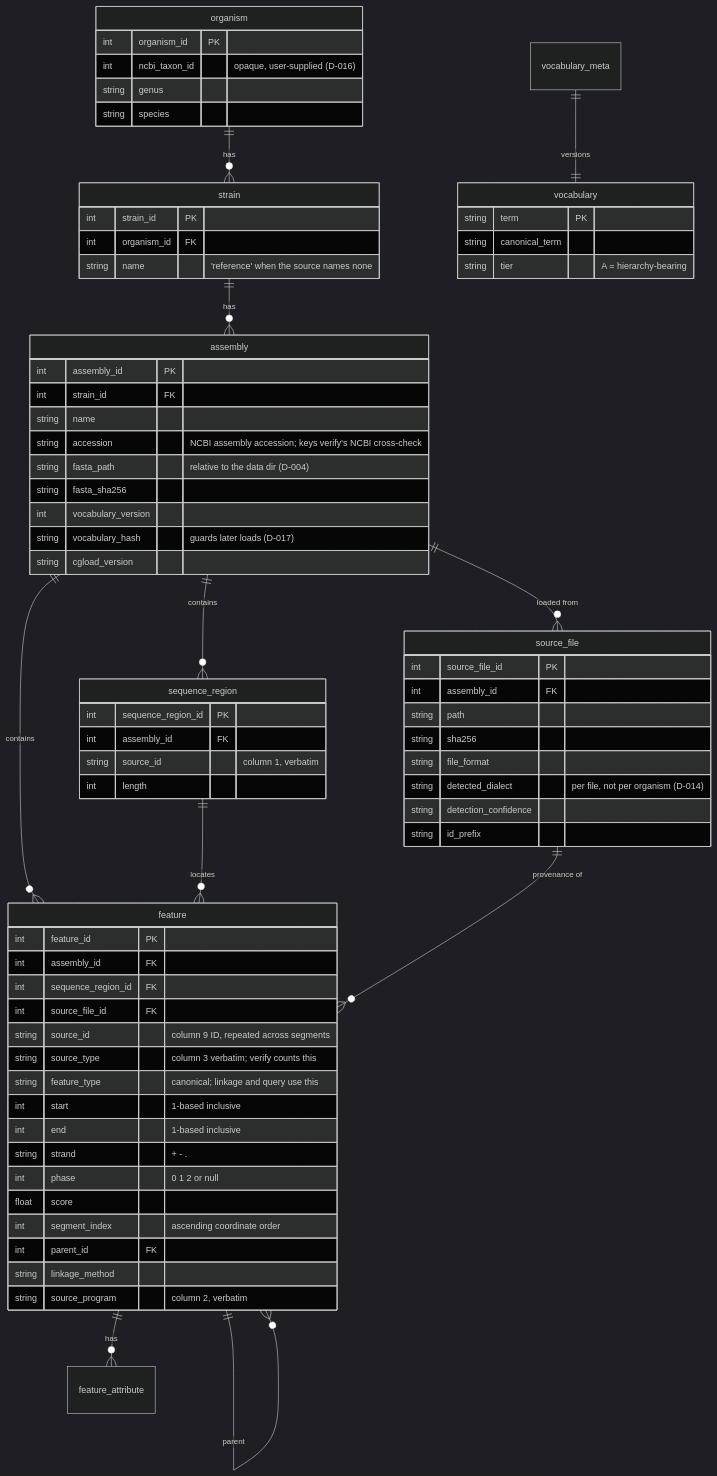
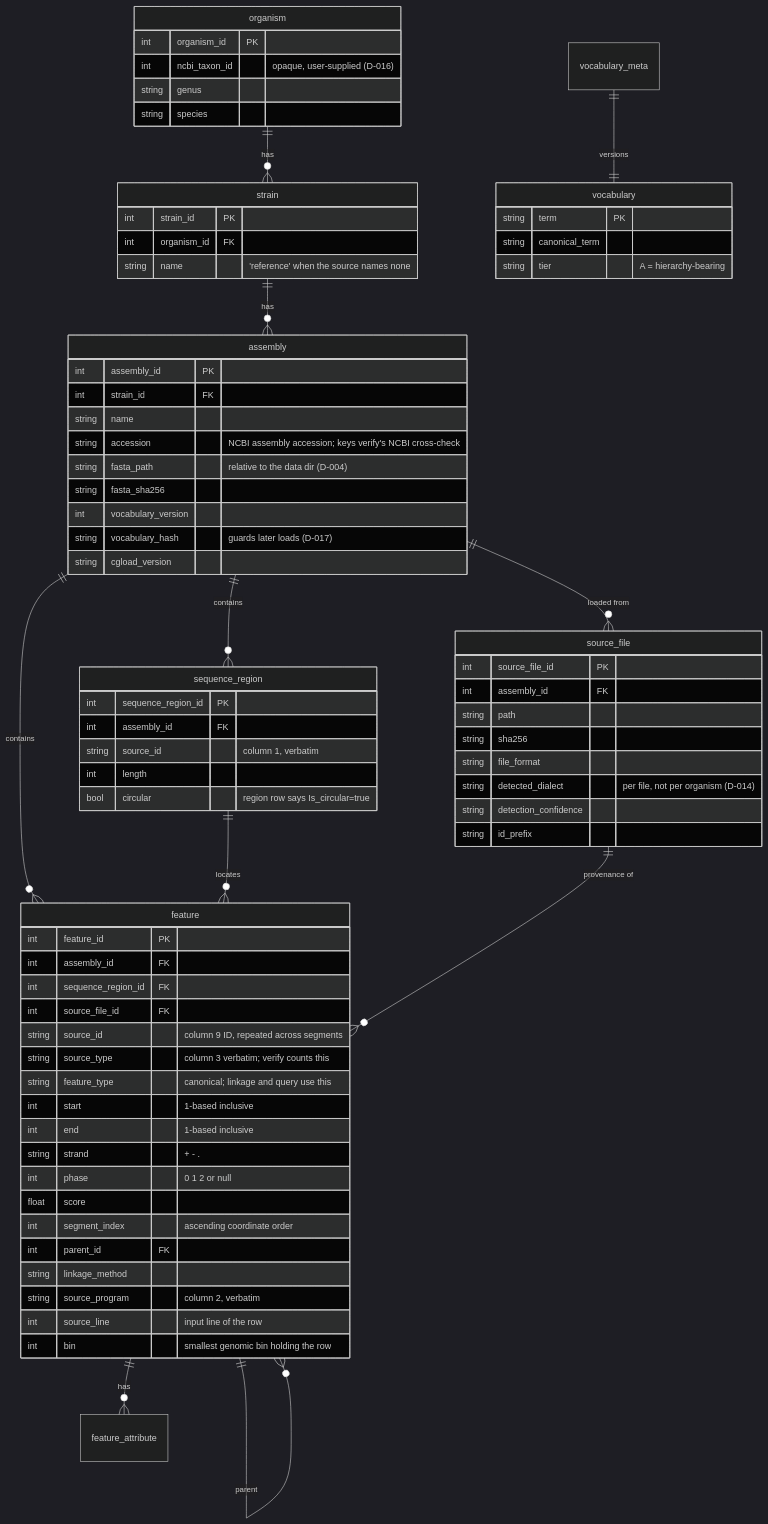
Before and after one commit to computational-genomics-lab/cgload: the diagram in docs/schema.md, drawn with Mermaid (dark theme). The commit also changed other lines of this file and 10 other files, not shown here.

````diff
--- a/docs/schema.md
+++ b/docs/schema.md
@@ -19,75 +19,78 @@
 ```mermaid
 erDiagram
     organism ||--o{ strain : has
     strain ||--o{ assembly : has
     assembly ||--o{ source_file : "loaded from"
     assembly ||--o{ sequence_region : contains
     assembly ||--o{ feature : contains
     sequence_region ||--o{ feature : locates
     source_file ||--o{ feature : "provenance of"
     feature ||--o{ feature : parent
     feature ||--o{ feature_attribute : has
     vocabulary_meta ||--|| vocabulary : versions
 
     organism {
         int organism_id PK
         int ncbi_taxon_id "opaque, user-supplied (D-016)"
         string genus
         string species
     }
     strain {
         int strain_id PK
         int organism_id FK
         string name "'reference' when the source names none"
     }
     assembly {
         int assembly_id PK
         int strain_id FK
         string name
         string accession "NCBI assembly accession; keys verify's NCBI cross-check"
         string fasta_path "relative to the data dir (D-004)"
         string fasta_sha256
         int vocabulary_version
         string vocabulary_hash "guards later loads (D-017)"
         string cgload_version
     }
     source_file {
         int source_file_id PK
         int assembly_id FK
         string path
         string sha256
         string file_format
         string detected_dialect "per file, not per organism (D-014)"
         string detection_confidence
         string id_prefix
     }
     sequence_region {
         int sequence_region_id PK
         int assembly_id FK
         string source_id "column 1, verbatim"
         int length
+        bool circular "region row says Is_circular=true"
     }
     feature {
         int feature_id PK
         int assembly_id FK
         int sequence_region_id FK
         int source_file_id FK
         string source_id "column 9 ID, repeated across segments"
         string source_type "column 3 verbatim; verify counts this"
         string feature_type "canonical; linkage and query use this"
         int start "1-based inclusive"
         int end "1-based inclusive"
         string strand "+ - ."
         int phase "0 1 2 or null"
         float score
         int segment_index "ascending coordinate order"
         int parent_id FK
         string linkage_method
         string source_program "column 2, verbatim"
+        int source_line "input line of the row"
+        int bin "smallest genomic bin holding the row"
     }
     vocabulary {
         string term PK
         string canonical_term
         string tier "A = hierarchy-bearing"
     }
 ```
````
